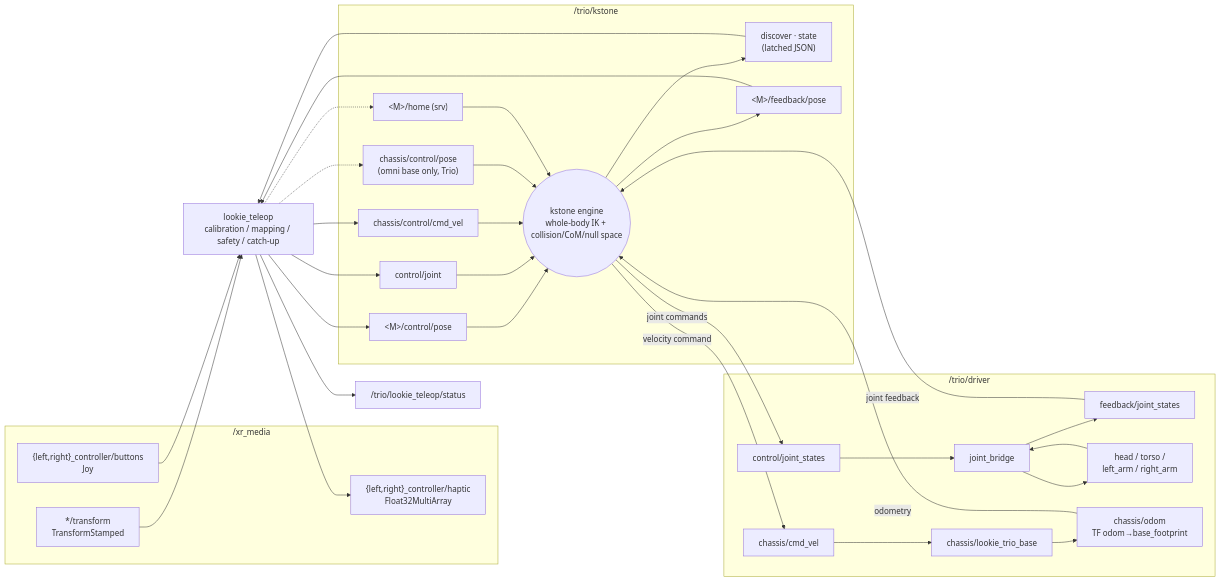
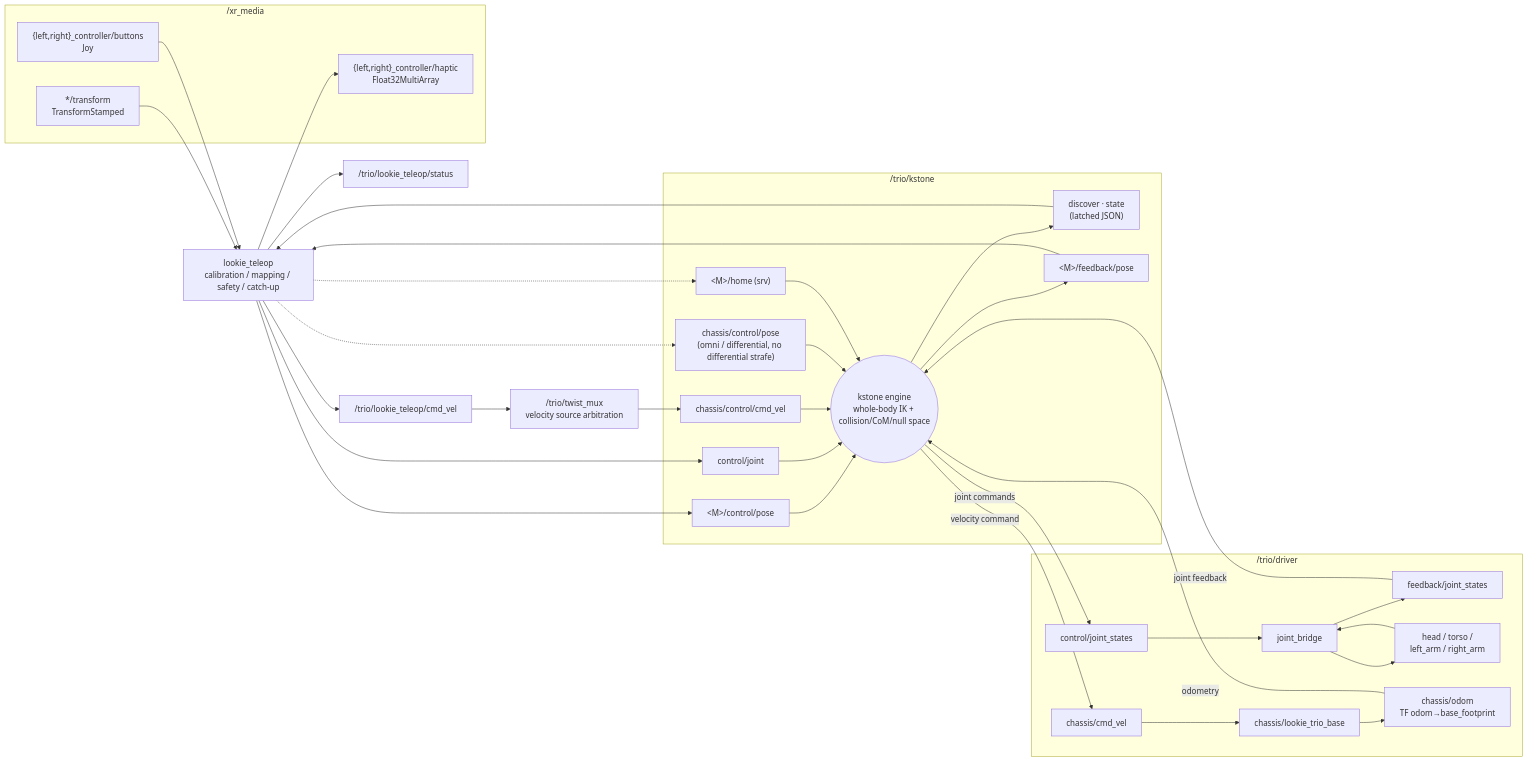
The fourth of 7 diagrams in docs/architecture.md (AgilexOpensource/lookie_ros), drawn with Mermaid before and after one commit. The commit also changed other lines of this file and 23 other files, not shown here.

````diff
--- a/docs/architecture.md
+++ b/docs/architecture.md
@@ -105,49 +107,52 @@
 ```mermaid
 flowchart LR
     subgraph XRN["/xr_media"]
         XT["*/transform<br/>TransformStamped"]
         XB["{left,right}_controller/buttons<br/>Joy"]
         XH["{left,right}_controller/haptic<br/>Float32MultiArray"]
     end
 
     TEL["lookie_teleop<br/>calibration / mapping / safety / catch-up"]
+    TV["/trio/lookie_teleop/cmd_vel"]
+    MUX["/trio/twist_mux<br/>velocity source arbitration"]
 
     subgraph KS["/trio/kstone"]
         KD["discover · state<br/>(latched JSON)"]
         KP["&lt;M&gt;/control/pose"]
         KJ["control/joint"]
         KV["chassis/control/cmd_vel"]
-        KC["chassis/control/pose<br/>(omni base only, Trio)"]
+        KC["chassis/control/pose<br/>(omni / differential, no differential strafe)"]
         KH["&lt;M&gt;/home (srv)"]
         KF["&lt;M&gt;/feedback/pose"]
         ENG(("kstone engine<br/>whole-body IK + collision/CoM/null space"))
     end
 
     subgraph DV["/trio/driver"]
         FB["feedback/joint_states"]
         CT["control/joint_states"]
         JB["joint_bridge"]
         MODS["head / torso /<br/>left_arm / right_arm"]
         CV["chassis/cmd_vel"]
         OD["chassis/odom<br/>TF odom→base_footprint"]
         SC["chassis/lookie_trio_base"]
     end
 
     XT & XB --> TEL
     TEL --> XH
     KD --> TEL
     KF --> TEL
-    TEL --> KP & KJ & KV
+    TEL --> KP & KJ
+    TEL --> TV --> MUX --> KV
     TEL -.-> KC
     TEL --> ST["/trio/lookie_teleop/status"]
     TEL -.-> KH
     KP & KJ & KV & KC & KH --> ENG
     ENG --> KD & KF
     FB -->|joint feedback| ENG
     OD -->|odometry| ENG
     ENG -->|joint commands| CT
     ENG -->|velocity command| CV
     CT --> JB --> MODS
     MODS --> JB --> FB
     CV --> SC --> OD
 ```
````
